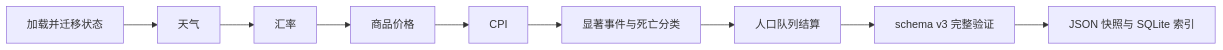
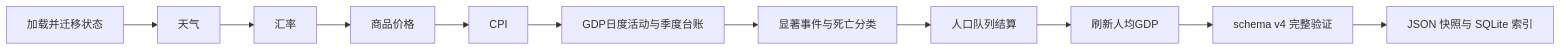
The diagram in README.md (pokemonfan88/mariven-republic), drawn with Mermaid before and after one commit. The commit also changed other lines of this file and 13 other files, not shown here.

````diff
--- a/README.md
+++ b/README.md
@@ -61,11 +75,13 @@
 ```mermaid
 flowchart LR
     A["加载并迁移状态"] --> B["天气"]
     B --> C["汇率"]
     C --> D["商品价格"]
     D --> E["CPI"]
-    E --> F["显著事件与死亡分类"]
-    F --> G["人口队列结算"]
-    G --> H["schema v3 完整验证"]
-    H --> I["JSON 快照与 SQLite 索引"]
+    E --> F["GDP日度活动与季度台账"]
+    F --> G["显著事件与死亡分类"]
+    G --> H["人口队列结算"]
+    H --> I["刷新人均GDP"]
+    I --> J["schema v4 完整验证"]
+    J --> K["JSON 快照与 SQLite 索引"]
 ```
````
